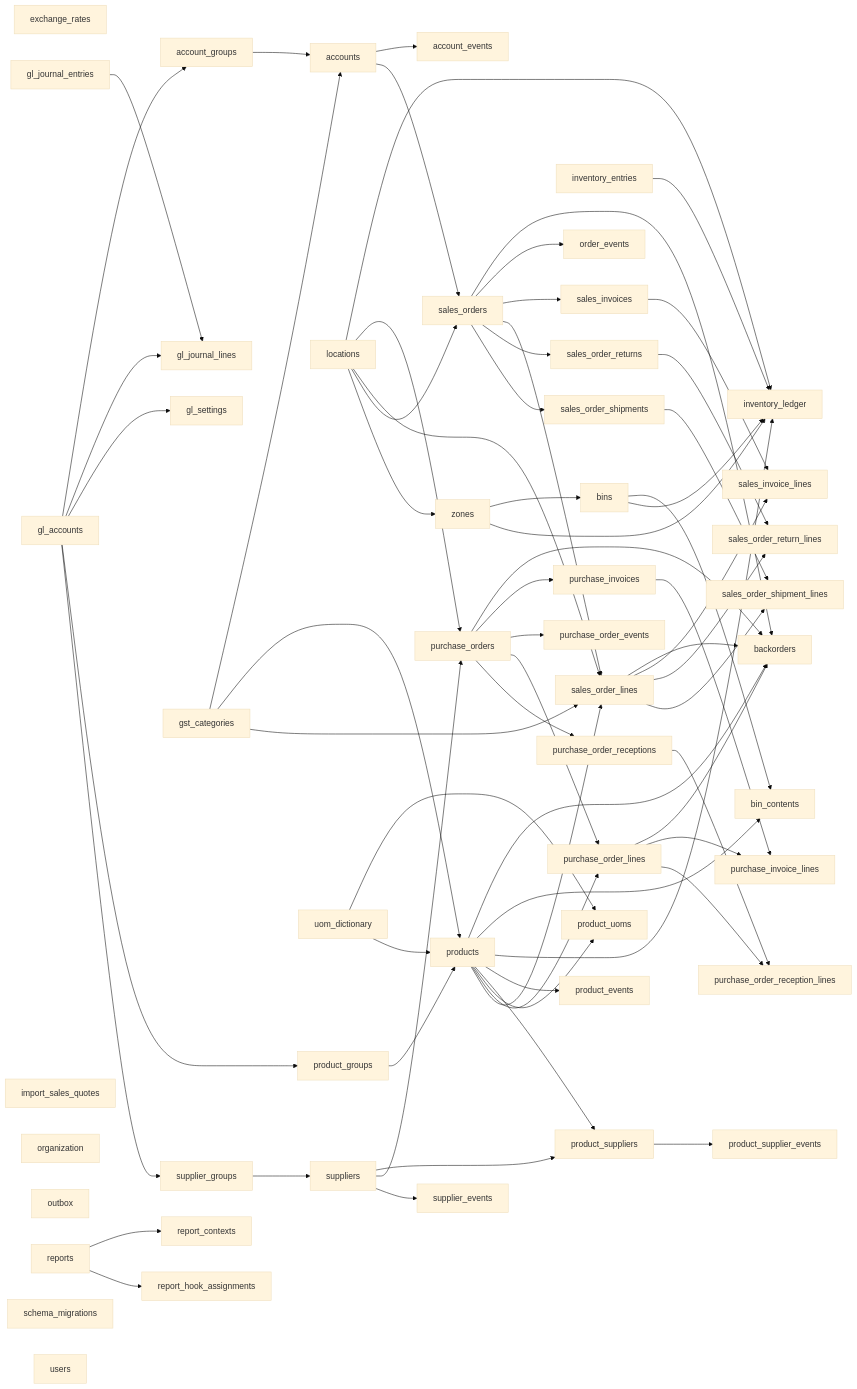
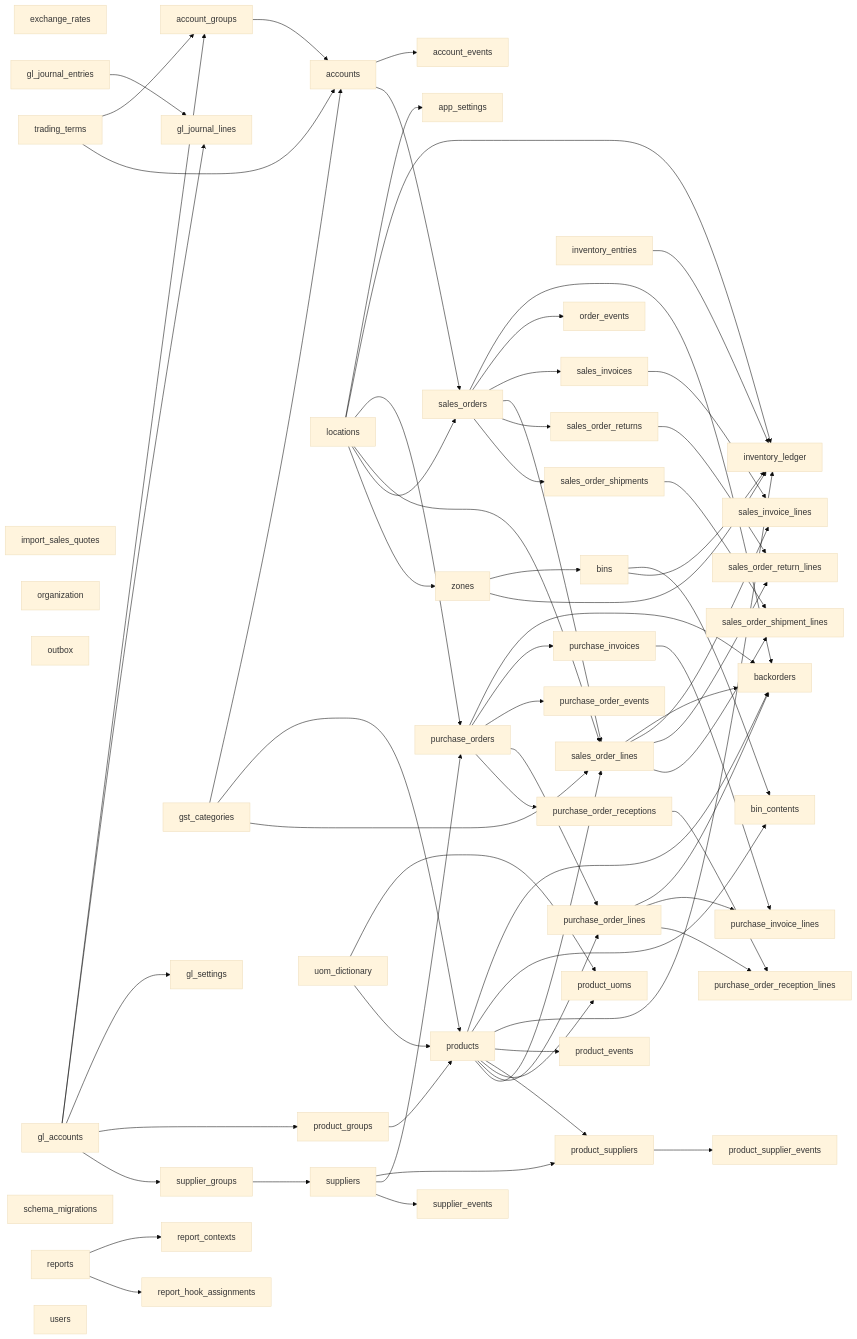
The diagram in docs/technical/schema_reference.md (herobmdotcom/herobm), drawn with Mermaid (base theme) before and after one commit. The commit also changed other lines of this file and 153 other files, not shown here.

```diff
--- a/docs/technical/schema_reference.md
+++ b/docs/technical/schema_reference.md
@@ -149,6 +154,7 @@
     account_events["account_events"]
     account_groups["account_groups"]
     accounts["accounts"]
+    app_settings["app_settings"]
     backorders["backorders"]
     bin_contents["bin_contents"]
     bins["bins"]
@@ -193,13 +199,17 @@
     supplier_events["supplier_events"]
     supplier_groups["supplier_groups"]
     suppliers["suppliers"]
+    trading_terms["trading_terms"]
     uom_dictionary["uom_dictionary"]
     users["users"]
     zones["zones"]
     accounts --> account_events
     gl_accounts --> account_groups
+    trading_terms --> account_groups
     account_groups --> accounts
     gst_categories --> accounts
+    trading_terms --> accounts
+    locations --> app_settings
     products --> backorders
     purchase_orders --> backorders
     purchase_order_lines --> backorders
```
